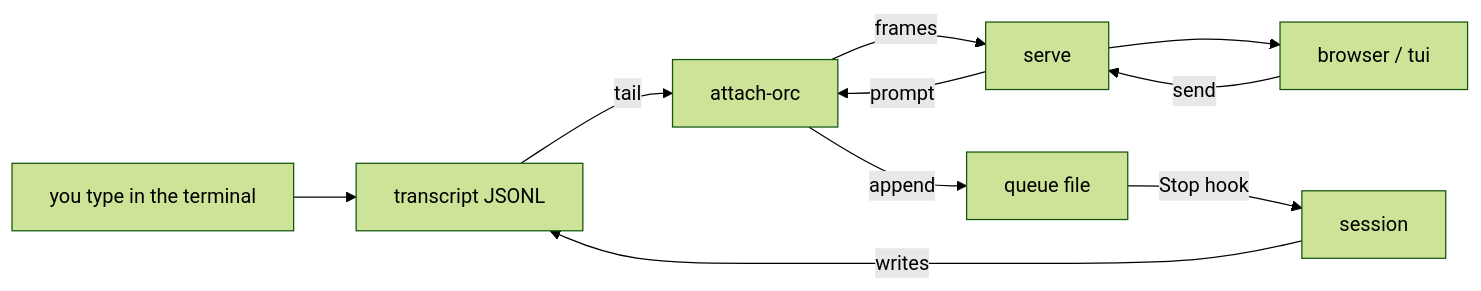
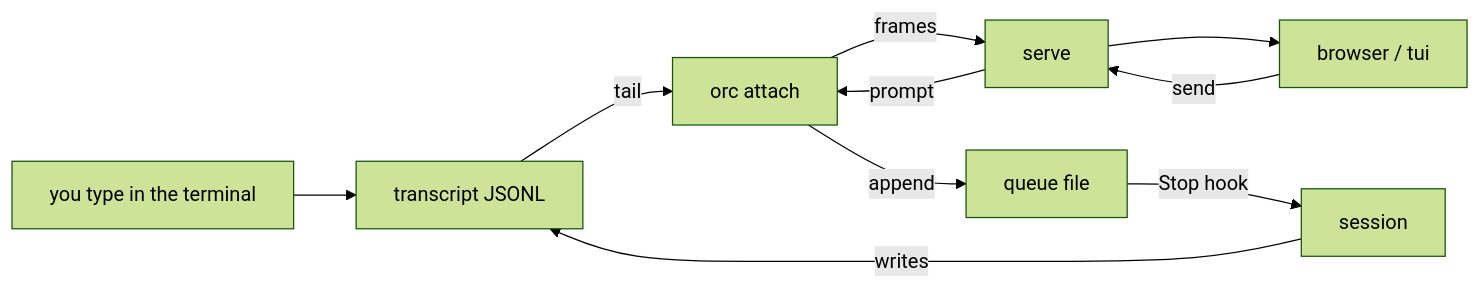
The first of 3 diagrams in README.md (Cohey0727/OpenRemoteControl), drawn with Mermaid (forest theme) before and after one commit. The commit also changed other lines of this file and 26 other files, not shown here.

````diff
--- a/README.md
+++ b/README.md
@@ -173,12 +173,12 @@
 ```mermaid
 flowchart LR
     terminal["you type in the terminal"] --> jsonl["transcript JSONL"]
-    jsonl -- tail --> bridge["attach-orc"]
+    jsonl -- tail --> bridge["orc attach"]
     bridge -- frames --> serve["serve"]
     serve --> viewers["browser / tui"]
     viewers -- send --> serve
     serve -- prompt --> bridge
     bridge -- append --> queue["queue file"]
     queue -- "Stop hook" --> session["session"]
     session -- writes --> jsonl
 ```
````
